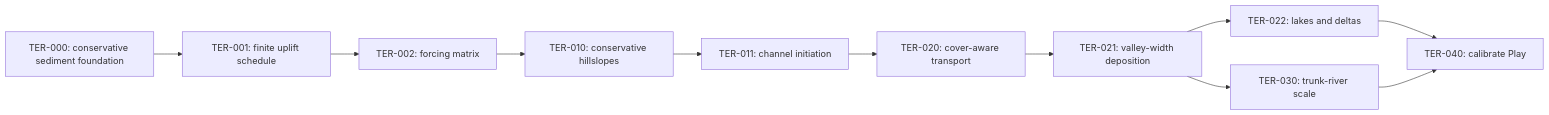
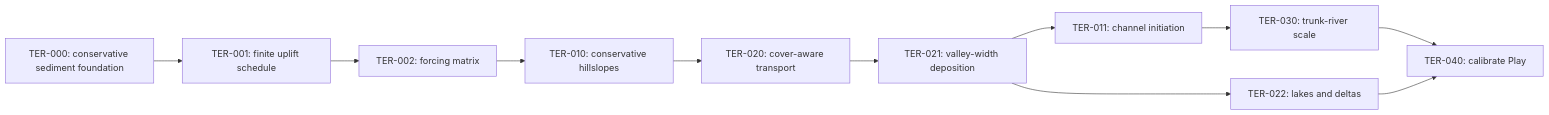
One commit to mbrock/moppe changed the diagram in planning/tracks/terrain-landforms/README.md. Above: the diagram before and after it, drawn with Mermaid. The commit also changed other lines of this file and 23 other files, not shown here.

````diff
--- a/planning/tracks/terrain-landforms/README.md
+++ b/planning/tracks/terrain-landforms/README.md
@@ -9,17 +9,17 @@
 ```mermaid
 flowchart LR
   TER000["TER-000: conservative sediment foundation"]
   TER001["TER-001: finite uplift schedule"]
   TER002["TER-002: forcing matrix"]
   TER010["TER-010: conservative hillslopes"]
   TER011["TER-011: channel initiation"]
   TER020["TER-020: cover-aware transport"]
   TER021["TER-021: valley-width deposition"]
   TER022["TER-022: lakes and deltas"]
   TER030["TER-030: trunk-river scale"]
   TER040["TER-040: calibrate Play"]
 
-  TER000 --> TER001 --> TER002 --> TER010 --> TER011 --> TER020
-  TER020 --> TER021 --> TER022 --> TER040
-  TER021 --> TER030 --> TER040
+  TER000 --> TER001 --> TER002 --> TER010 --> TER020 --> TER021
+  TER021 --> TER011 --> TER030 --> TER040
+  TER021 --> TER022 --> TER040
 ```
````
